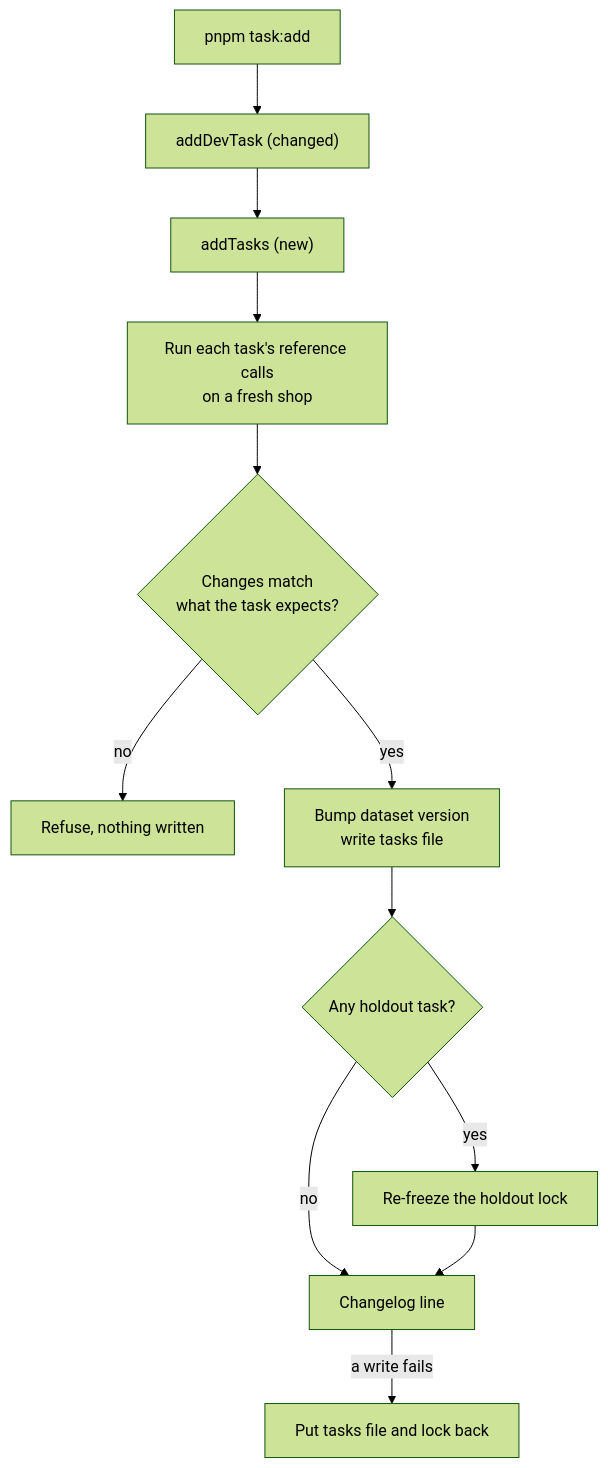
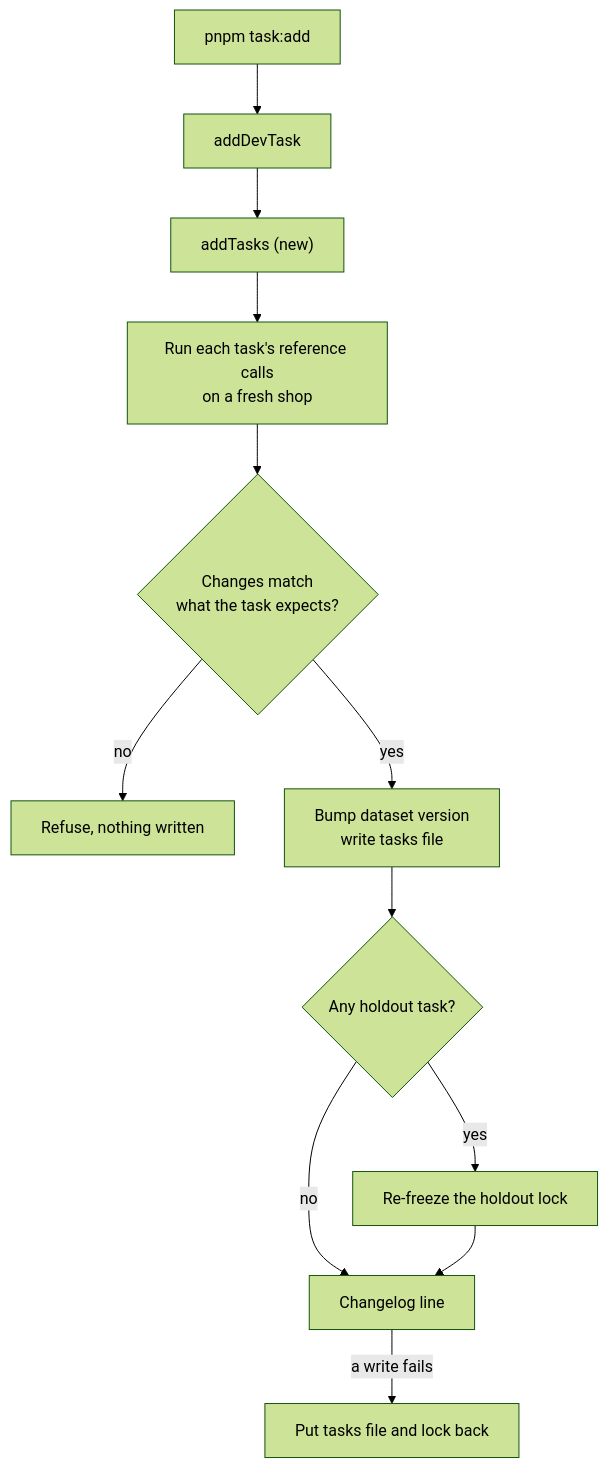
One commit to UzairJIqbal/verifai changed the fifth of 6 diagrams in docs/FLOW.md. Above: the diagram before and after it, drawn with Mermaid (forest theme). The commit also changed other lines of this file and 10 other files, not shown here.

````diff
--- a/docs/FLOW.md
+++ b/docs/FLOW.md
@@ -283,14 +292,14 @@
 ```mermaid
 flowchart TD
-    A["pnpm task:add"] --> B["addDevTask (changed)"]
+    A["pnpm task:add"] --> B["addDevTask"]
     B --> C["addTasks (new)"]
     C --> D["Run each task's reference calls<br/>on a fresh shop"]
     D --> E{"Changes match<br/>what the task expects?"}
     E -- no --> X["Refuse, nothing written"]
     E -- yes --> F["Bump dataset version<br/>write tasks file"]
     F --> G{"Any holdout task?"}
     G -- yes --> H["Re-freeze the holdout lock"]
     G -- no --> I["Changelog line"]
     H --> I
     I -- "a write fails" --> Y["Put tasks file and lock back"]
 ```
````
